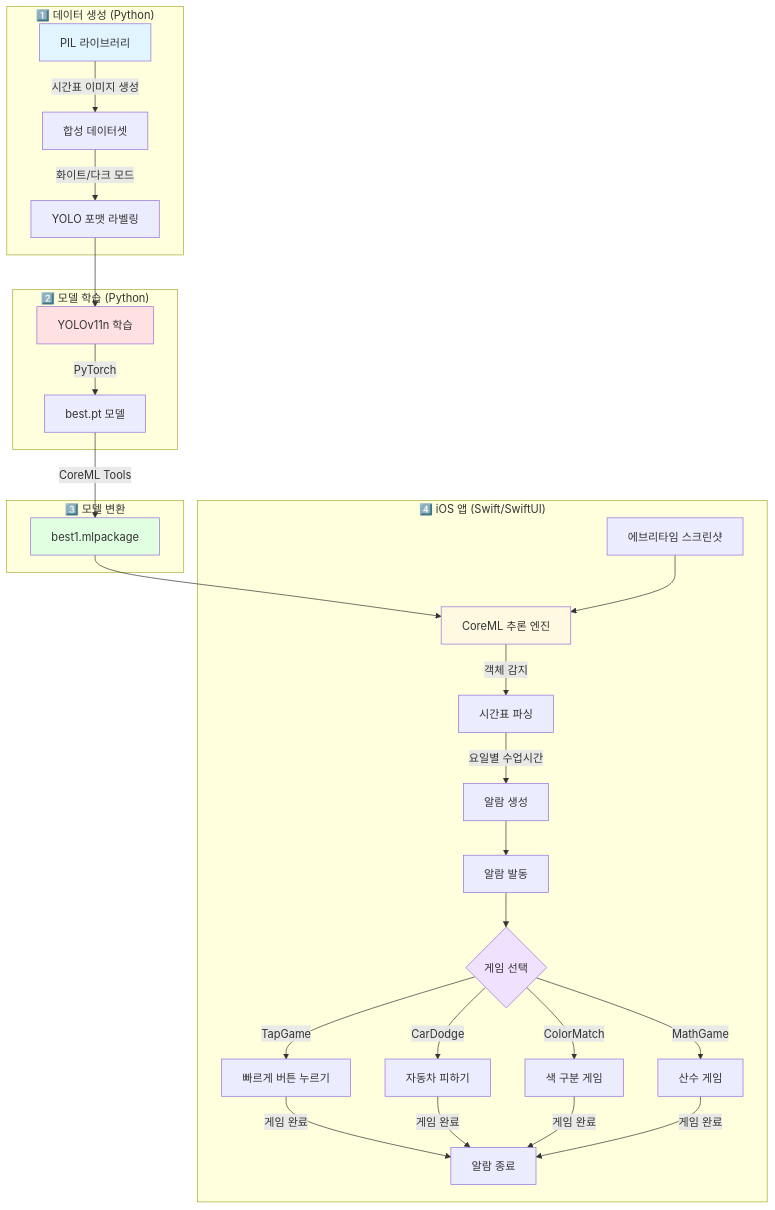
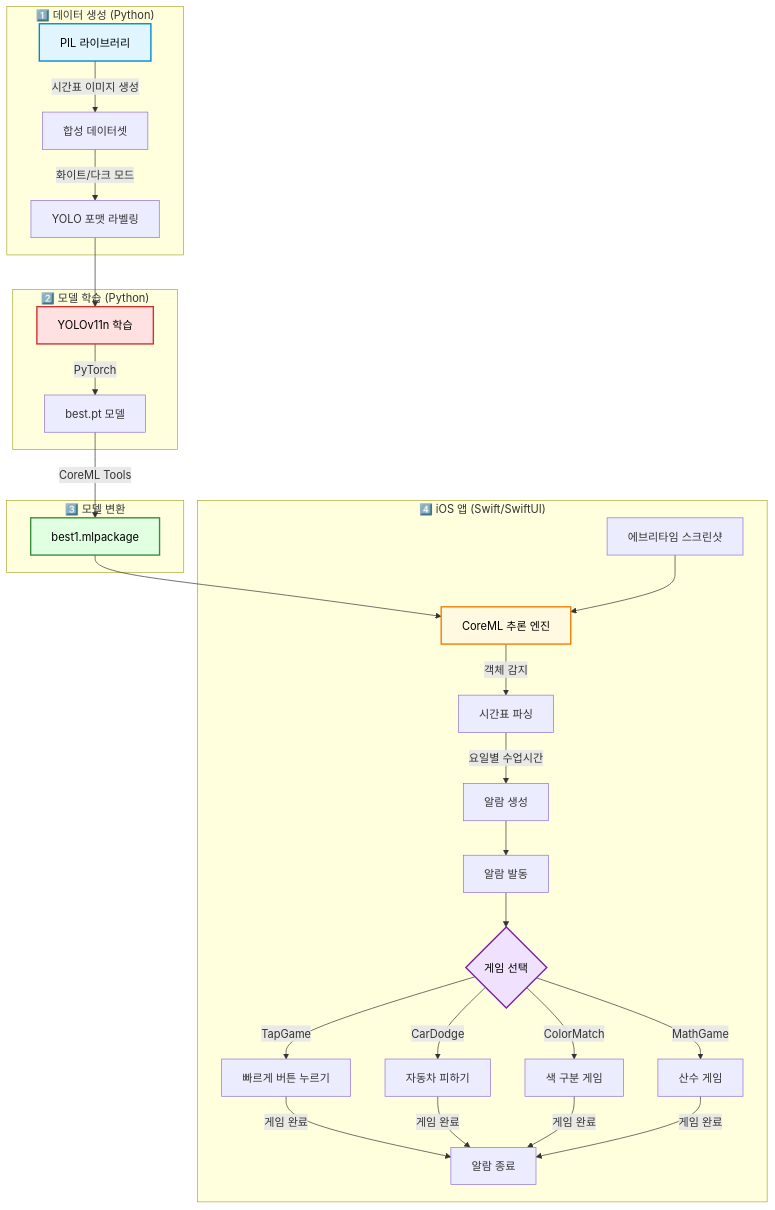
One commit to Jaehyeon-kr/Every_Alarm changed the first of 6 diagrams in README.md. Above: the diagram before and after it, drawn with Mermaid. The commit also changed other lines of this file, not shown here.

````diff
--- a/README.md
+++ b/README.md
@@ -104,36 +104,36 @@
 ```mermaid
 flowchart TB
     subgraph "1️⃣ 데이터 생성 (Python)"
         A[PIL 라이브러리] -->|시간표 이미지 생성| B[합성 데이터셋]
         B -->|화이트/다크 모드| C[YOLO 포맷 라벨링]
     end
 
     subgraph "2️⃣ 모델 학습 (Python)"
         C --> D[YOLOv11n 학습]
         D -->|PyTorch| E[best.pt 모델]
     end
 
     subgraph "3️⃣ 모델 변환"
         E -->|CoreML Tools| F[best1.mlpackage]
     end
 
     subgraph "4️⃣ iOS 앱 (Swift/SwiftUI)"
         F --> G[CoreML 추론 엔진]
         H[에브리타임 스크린샷] --> G
         G -->|객체 감지| I[시간표 파싱]
         I -->|요일별 수업시간| J[알람 생성]
         J --> K[알람 발동]
         K --> L{게임 선택}
         L -->|TapGame| M1[빠르게 버튼 누르기]
         L -->|CarDodge| M2[자동차 피하기]
         L -->|ColorMatch| M3[색 구분 게임]
         L -->|MathGame| M4[산수 게임]
         M1 & M2 & M3 & M4 -->|게임 완료| N[알람 종료]
     end
 
-    style A fill:#e1f5ff
-    style D fill:#ffe1e1
-    style F fill:#e1ffe1
-    style G fill:#fff9e1
-    style L fill:#f0e1ff
+    style A fill:#e1f5ff,stroke:#0288d1,stroke-width:2px,color:#000
+    style D fill:#ffe1e1,stroke:#d32f2f,stroke-width:2px,color:#000
+    style F fill:#e1ffe1,stroke:#388e3c,stroke-width:2px,color:#000
+    style G fill:#fff9e1,stroke:#f57c00,stroke-width:2px,color:#000
+    style L fill:#f0e1ff,stroke:#7b1fa2,stroke-width:2px,color:#000
 ```
````
